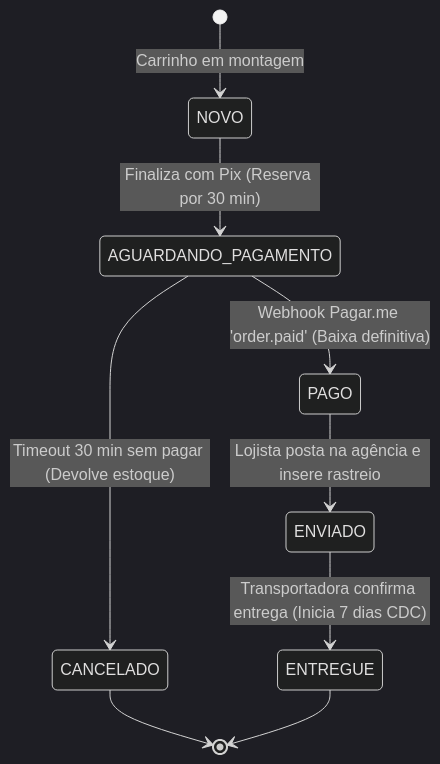
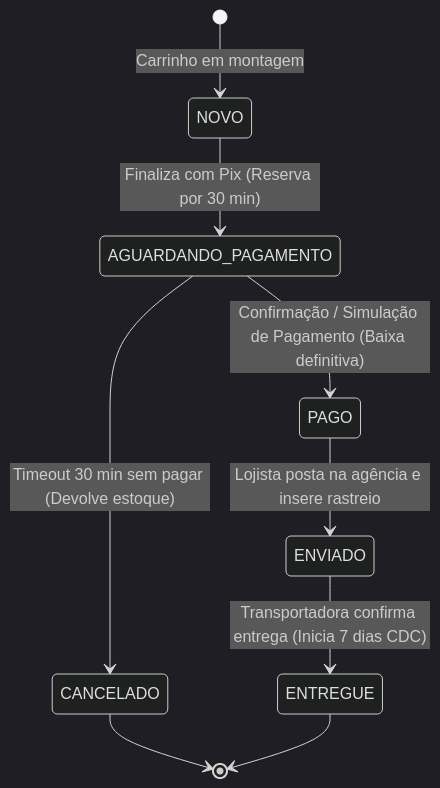
The second of 2 diagrams in DIRETRIZES_DO_PROJETO.md (FelipeGardenghiDev/canivete-da-roca-pi2), drawn with Mermaid (dark theme) before and after one commit. The commit also changed other lines of this file and 8 other files, not shown here.

````diff
--- a/DIRETRIZES_DO_PROJETO.md
+++ b/DIRETRIZES_DO_PROJETO.md
@@ -159,14 +159,14 @@
 ```mermaid
 stateDiagram-v2
     [*] --> NOVO: Carrinho em montagem
     NOVO --> AGUARDANDO_PAGAMENTO: Finaliza com Pix (Reserva por 30 min)
     
-    AGUARDANDO_PAGAMENTO --> PAGO: Webhook Pagar.me 'order.paid' (Baixa definitiva)
+    AGUARDANDO_PAGAMENTO --> PAGO: Confirmação / Simulação de Pagamento (Baixa definitiva)
     AGUARDANDO_PAGAMENTO --> CANCELADO: Timeout 30 min sem pagar (Devolve estoque)
     
     PAGO --> ENVIADO: Lojista posta na agência e insere rastreio
     ENVIADO --> ENTREGUE: Transportadora confirma entrega (Inicia 7 dias CDC)
     
     CANCELADO --> [*]
     ENTREGUE --> [*]
 ```
````
